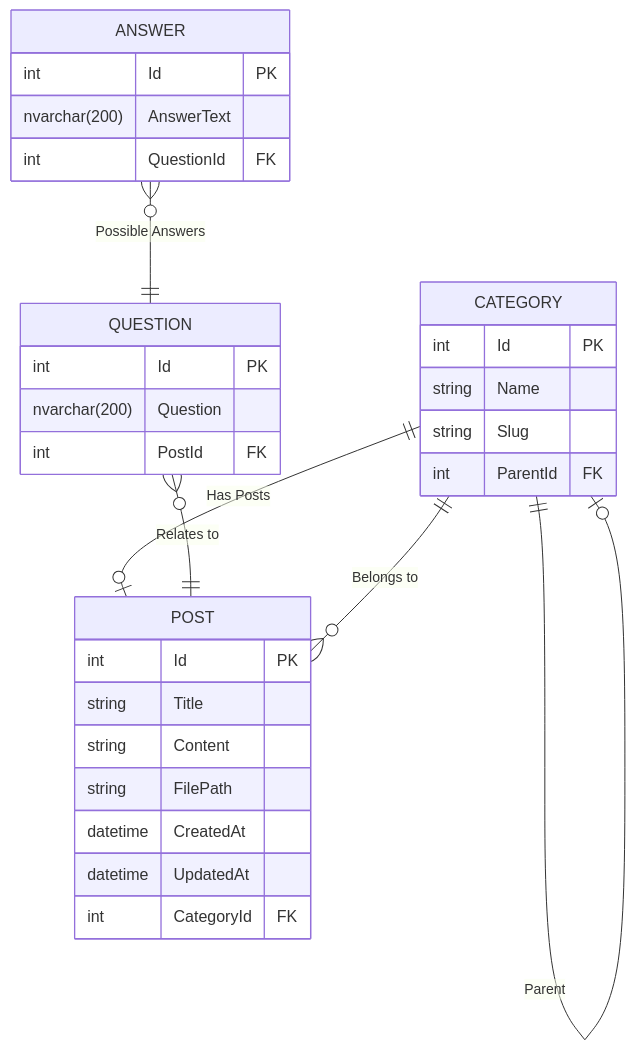
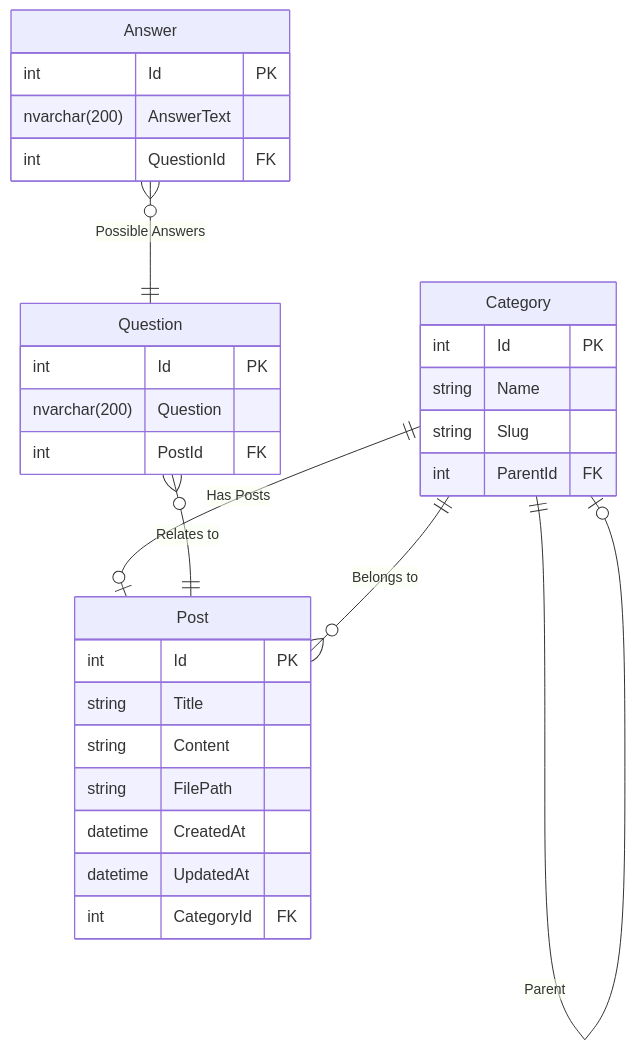
Before and after one commit to toby-gamez/Tobiso.Web: the diagram in .github/workflows/database.md, drawn with Mermaid. The commit also changed other lines of this file, not shown here.

Commit message:
Refactor Mermaid ER diagram and SQL table definitions for clarity and consistency

````diff
--- a/.github/workflows/database.md
+++ b/.github/workflows/database.md
@@ -29,34 +29,34 @@
 ```mermaid
 erDiagram
-	CATEGORY {
+	Category {
 		int Id PK
 		string Name
 		string Slug
 		int ParentId FK
 	}
-	POST {
+	Post {
 		int Id PK
 		string Title
 		string Content
 		string FilePath
 		datetime CreatedAt
 		datetime UpdatedAt
 		int CategoryId FK
 	}
-	QUESTION {
+	Question {
 		int Id PK
 		nvarchar(200) Question
 		int PostId FK
 	}
-	ANSWER {
+	Answer {
 		int Id PK
 		nvarchar(200) AnswerText
 		int QuestionId FK
 	}
-	CATEGORY ||--o| CATEGORY : Parent
-	CATEGORY ||--o| POST : "Has Posts"
-	POST }o--|| CATEGORY : "Belongs to"
-	QUESTION }o--|| POST : "Relates to"
-	ANSWER }o--|| QUESTION : "Possible Answers"
+	Category ||--o| Category : Parent
+	Category ||--o| Post : "Has Posts"
+	Post }o--|| Category : "Belongs to"
+	Question }o--|| Post : "Relates to"
+	Answer }o--|| Question : "Possible Answers"
 
 ```
````
